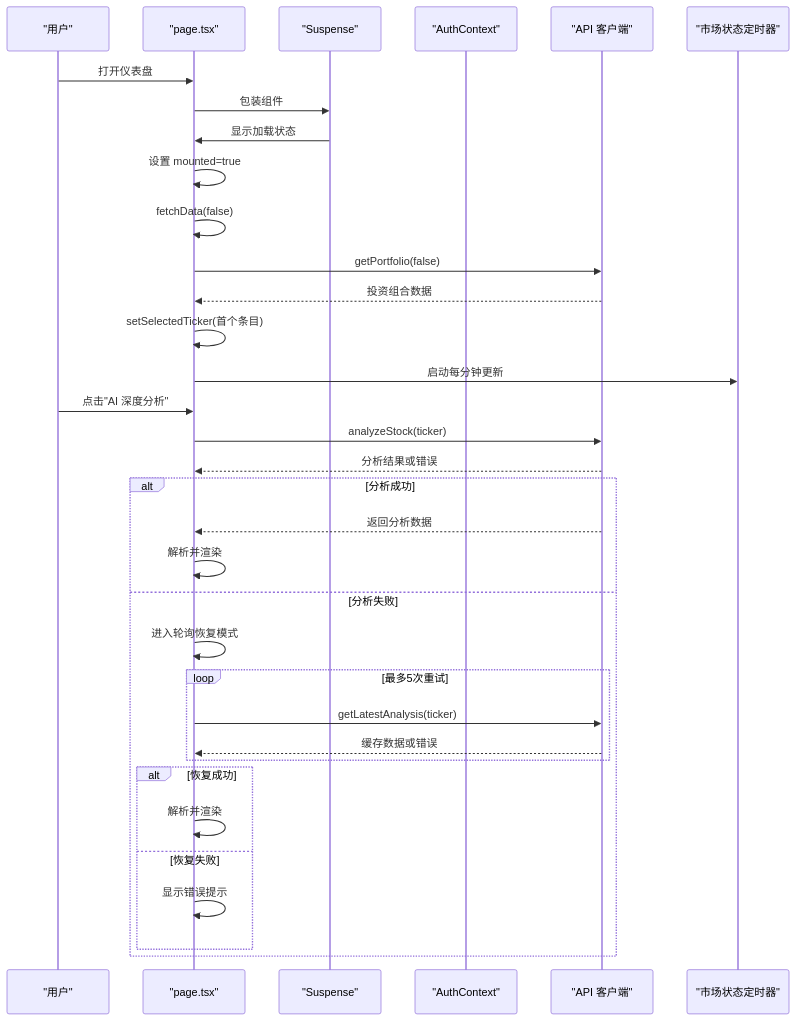
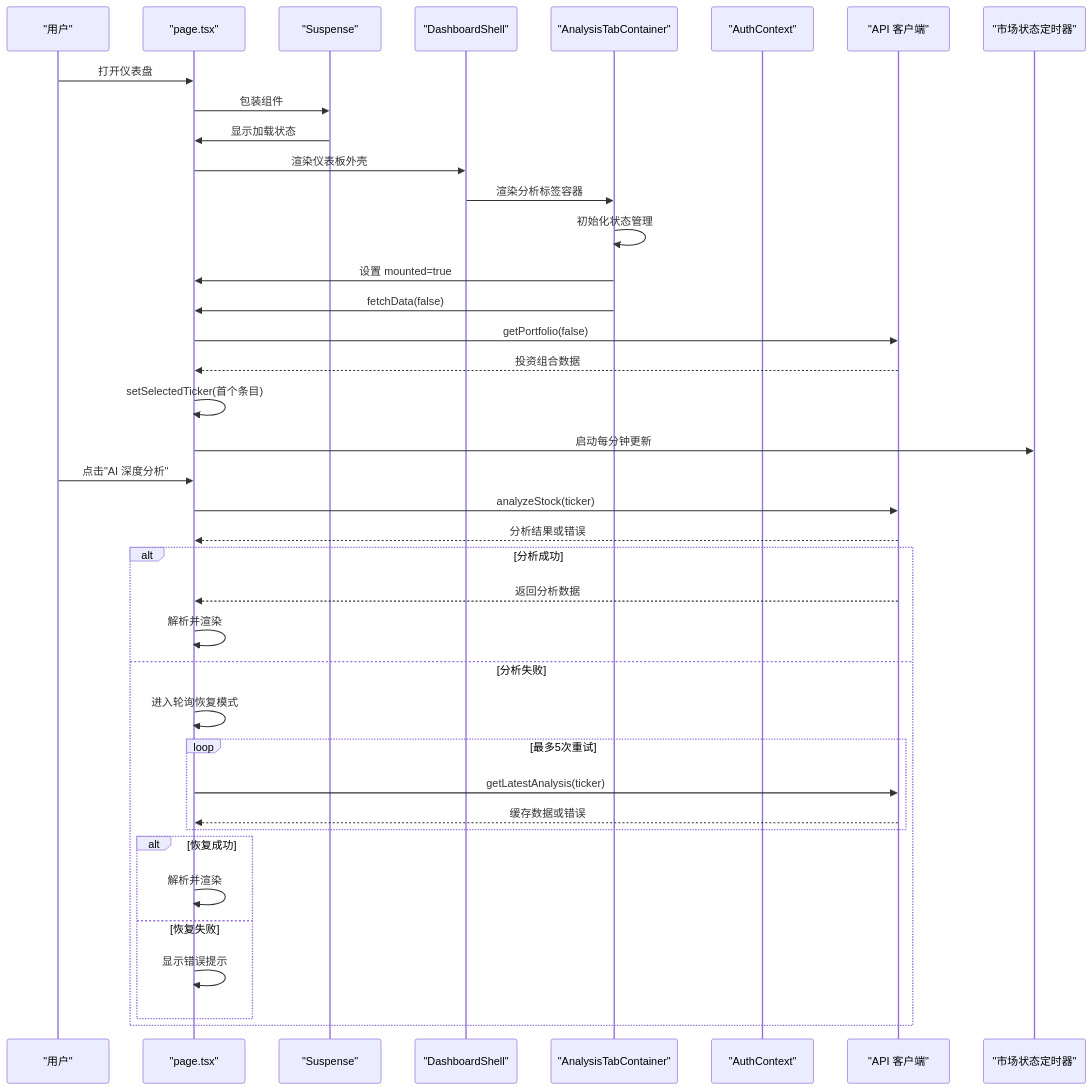
One commit to breeze-lyf/ai-stock-advisor changed the eighth of 13 diagrams in .qoder/repowiki/zh/content/投资组合管理/前端集成与展示/前端集成与展示.md. Above: the diagram before and after it, drawn with Mermaid. The commit also changed other lines of this file and 43 other files, not shown here.

````diff
--- a/.qoder/repowiki/zh/content/投资组合管理/前端集成与展示/前端集成与展示.md
+++ b/.qoder/repowiki/zh/content/投资组合管理/前端集成与展示/前端集成与展示.md
@@ -219,36 +408,41 @@
 ```mermaid
 sequenceDiagram
 participant U as "用户"
 participant P as "page.tsx"
 participant S as "Suspense"
+participant DS as "DashboardShell"
+participant ATC as "AnalysisTabContainer"
 participant A as "AuthContext"
 participant API as "API 客户端"
 participant MD as "市场状态定时器"
 U->>P : 打开仪表盘
 P->>S : 包装组件
 S->>P : 显示加载状态
-P->>P : 设置 mounted=true
-P->>P : fetchData(false)
+P->>DS : 渲染仪表板外壳
+DS->>ATC : 渲染分析标签容器
+ATC->>ATC : 初始化状态管理
+ATC->>P : 设置 mounted=true
+ATC->>P : fetchData(false)
 P->>API : getPortfolio(false)
 API-->>P : 投资组合数据
 P->>P : setSelectedTicker(首个条目)
 P->>MD : 启动每分钟更新
 U->>P : 点击"AI 深度分析"
 P->>API : analyzeStock(ticker)
 API-->>P : 分析结果或错误
 alt 分析成功
 API-->>P : 返回分析数据
 P->>P : 解析并渲染
 else 分析失败
 P->>P : 进入轮询恢复模式
 loop 最多5次重试
 P->>API : getLatestAnalysis(ticker)
 API-->>P : 缓存数据或错误
 end
 alt 恢复成功
 P->>P : 解析并渲染
 else 恢复失败
 P->>P : 显示错误提示
 end
 end
 ```
````
